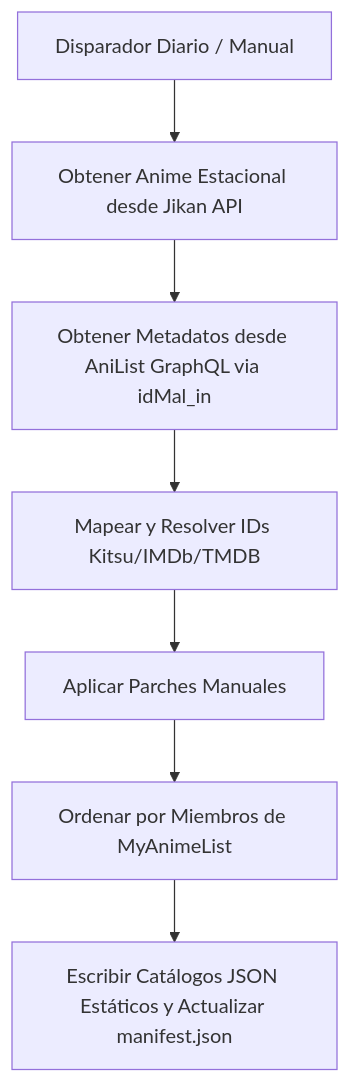
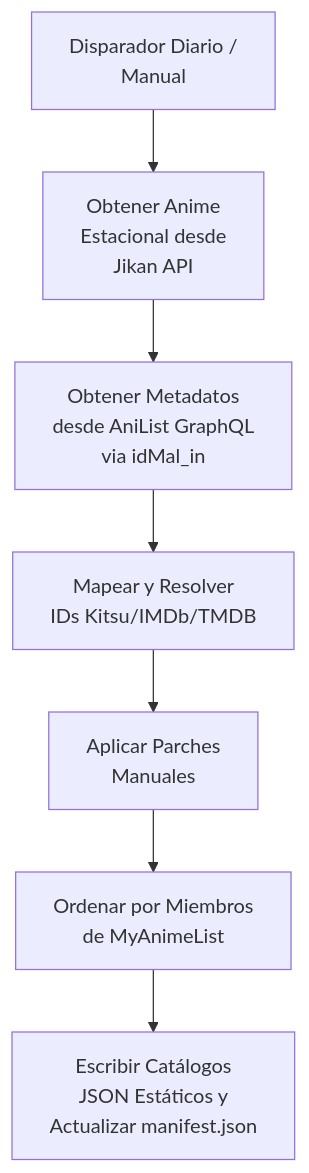
The first of 2 diagrams in README.md (KevinAZHD/animes-season-addon), drawn with Mermaid before and after one commit. The commit also changed other lines of this file and 8 other files, not shown here.

````diff
--- a/README.md
+++ b/README.md
@@ -17,9 +17,9 @@
 ```mermaid
 graph TD
-    A[Disparador Diario / Manual] --> B[Obtener Anime Estacional desde Jikan API]
-    B --> C[Obtener Metadatos desde AniList GraphQL via idMal_in]
-    C --> D[Mapear y Resolver IDs Kitsu/IMDb/TMDB]
-    D --> E[Aplicar Parches Manuales]
-    E --> F[Ordenar por Miembros de MyAnimeList]
-    F --> G[Escribir Catálogos JSON Estáticos y Actualizar manifest.json]
+    A[Disparador Diario /<br>Manual] --> B[Obtener Anime<br>Estacional desde<br>Jikan API]
+    B --> C[Obtener Metadatos<br>desde AniList GraphQL<br>via idMal_in]
+    C --> D[Mapear y Resolver<br>IDs Kitsu/IMDb/TMDB]
+    D --> E[Aplicar Parches<br>Manuales]
+    E --> F[Ordenar por Miembros<br>de MyAnimeList]
+    F --> G[Escribir Catálogos<br>JSON Estáticos y<br>Actualizar manifest.json]
 ```
````
